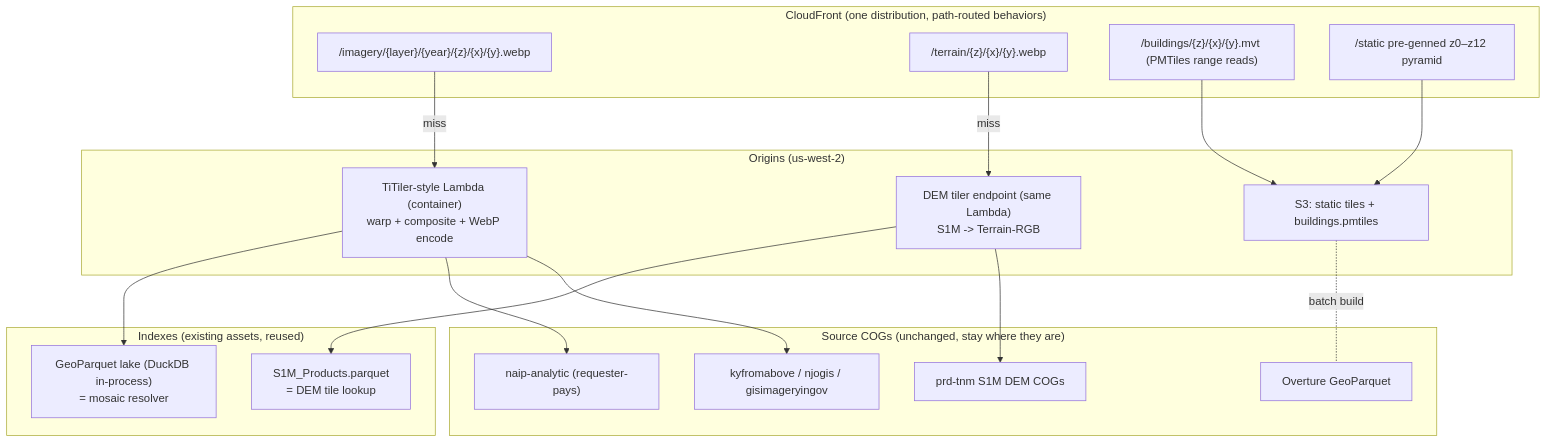
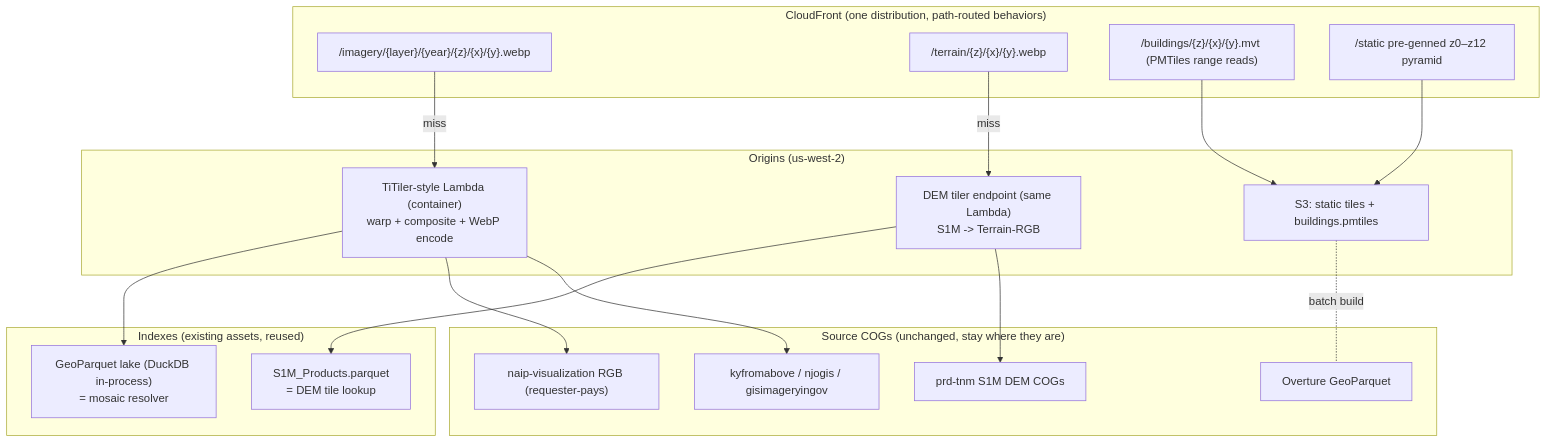
One commit to mwkorver/threejs-cf-zxy-s1m changed the diagram in FLIGHT-SIM-PLAN.md. Above: the diagram before and after it, drawn with Mermaid. The commit also changed other lines of this file, not shown here.

First line of the commit message:
Plan: reflect consolidated lake + naip-visualization RGB switch

````diff
--- a/FLIGHT-SIM-PLAN.md
+++ b/FLIGHT-SIM-PLAN.md
@@ -47,38 +48,38 @@
 ```mermaid
 graph TD
     subgraph Edge ["CloudFront (one distribution, path-routed behaviors)"]
         I["/imagery/{layer}/{year}/{z}/{x}/{y}.webp"]
         T["/terrain/{z}/{x}/{y}.webp"]
         B["/buildings/{z}/{x}/{y}.mvt (PMTiles range reads)"]
         P["/static pre-genned z0–z12 pyramid"]
     end
 
     subgraph Origins ["Origins (us-west-2)"]
         TILER["TiTiler-style Lambda (container)\nwarp + composite + WebP encode"]
         DEMT["DEM tiler endpoint (same Lambda)\nS1M -> Terrain-RGB"]
         S3STATIC["S3: static tiles + buildings.pmtiles"]
     end
 
     subgraph Index ["Indexes (existing assets, reused)"]
         LAKE["GeoParquet lake (DuckDB in-process)\n= mosaic resolver"]
         S1MIDX["S1M_Products.parquet\n= DEM tile lookup"]
     end
 
     subgraph Sources ["Source COGs (unchanged, stay where they are)"]
-        NAIP["naip-analytic (requester-pays)"]
+        NAIP["naip-visualization RGB (requester-pays)"]
         STATES["kyfromabove / njogis / gisimageryingov"]
         PRDTNM["prd-tnm S1M DEM COGs"]
         OVERTURE["Overture GeoParquet"]
     end
 
     I -->|miss| TILER
     T -->|miss| DEMT
     B --> S3STATIC
     P --> S3STATIC
     TILER --> LAKE
     DEMT --> S1MIDX
     TILER --> NAIP
     TILER --> STATES
     DEMT --> PRDTNM
     S3STATIC -. batch build .- OVERTURE
 ```
````
